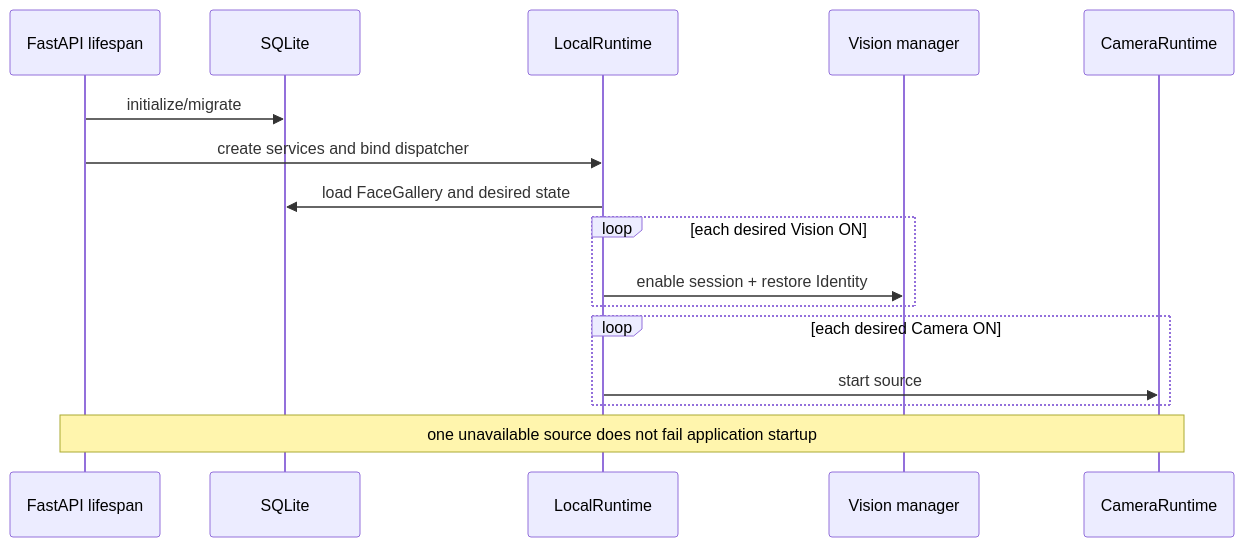
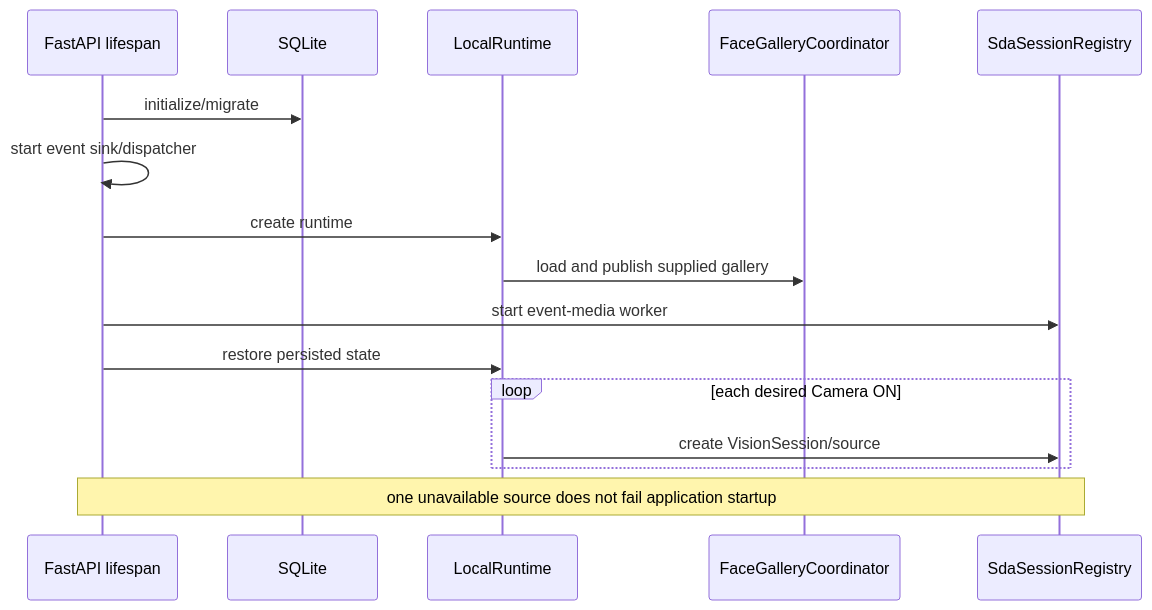
The seventh of 7 diagrams in docs/architecture_diagram.md (daoquocdai/P227), drawn with Mermaid before and after one commit. The commit also changed other lines of this file and 7 other files, not shown here.

Commit message:
docs: align setup API and architecture with develop

````diff
--- a/docs/architecture_diagram.md
+++ b/docs/architecture_diagram.md
@@ -132,19 +119,19 @@
 ```mermaid
 sequenceDiagram
     participant APP as FastAPI lifespan
     participant DB as SQLite
     participant RT as LocalRuntime
-    participant VIS as Vision manager
-    participant CAM as CameraRuntime
+    participant G as FaceGalleryCoordinator
+    participant REG as SdaSessionRegistry
 
     APP->>DB: initialize/migrate
-    APP->>RT: create services and bind dispatcher
-    RT->>DB: load FaceGallery and desired state
-    loop each desired Vision ON
-        RT->>VIS: enable session + restore Identity
+    APP->>APP: start event sink/dispatcher
+    APP->>RT: create runtime
+    RT->>G: load and publish supplied gallery
+    APP->>REG: start event-media worker
+    APP->>RT: restore persisted state
+    loop each desired Camera ON
+        RT->>REG: create VisionSession/source
     end
-    loop each desired Camera ON
-        RT->>CAM: start source
-    end
-    Note over APP,CAM: one unavailable source does not fail application startup
+    Note over APP,REG: one unavailable source does not fail application startup
 ```
````
